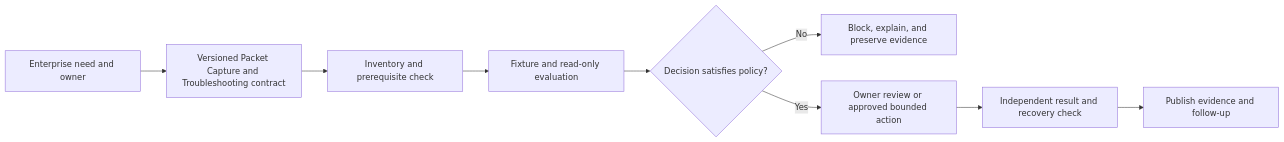
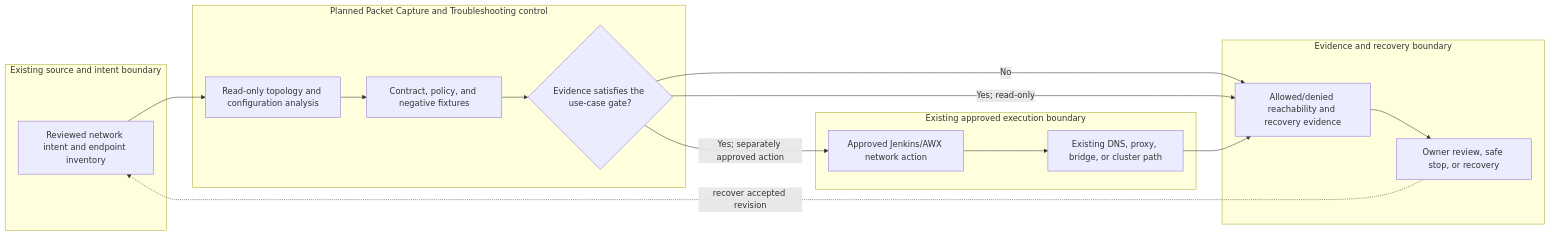
One commit to MIDHTECH/enterprise-architecture-docs changed the diagram in docs/use-cases/network/UC-NET-027-packet-capture-and-troubleshooting.md. Above: the diagram before and after it, drawn with Mermaid. The commit also changed other lines of this file and 227 other files, not shown here.

Commit message:
Deepen architecture for all use case designs

````diff
--- a/docs/use-cases/network/UC-NET-027-packet-capture-and-troubleshooting.md
+++ b/docs/use-cases/network/UC-NET-027-packet-capture-and-troubleshooting.md
@@ -136,11 +129,25 @@
 ```mermaid
 flowchart LR
-    Need["Enterprise need and owner"] --> Contract["Versioned Packet Capture and Troubleshooting contract"]
-    Contract --> Preflight["Inventory and prerequisite check"]
-    Preflight --> Evaluate["Fixture and read-only evaluation"]
-    Evaluate --> Decision{"Decision satisfies policy?"}
-    Decision -->|No| Stop["Block, explain, and preserve evidence"]
-    Decision -->|Yes| Review["Owner review or approved bounded action"]
-    Review --> Verify["Independent result and recovery check"]
-    Verify --> Publish["Publish evidence and follow-up"]
+    subgraph Source["Existing source and intent boundary"]
+        A["Reviewed network intent and endpoint inventory"]
+    end
+    subgraph Planned["Planned Packet Capture and Troubleshooting control"]
+        B["Read-only topology and configuration analysis"]
+        C["Contract, policy, and negative fixtures"]
+        D{"Evidence satisfies the use-case gate?"}
+    end
+    subgraph Runtime["Existing approved execution boundary"]
+        E["Approved Jenkins/AWX network action"]
+        F["Existing DNS, proxy, bridge, or cluster path"]
+    end
+    subgraph Assurance["Evidence and recovery boundary"]
+        G["Allowed/denied reachability and recovery evidence"]
+        H["Owner review, safe stop, or recovery"]
+    end
+
+    A --> B --> C --> D
+    D -->|No| G --> H
+    D -->|Yes; read-only| G
+    D -->|Yes; separately approved action| E --> F --> G
+    H -. recover accepted revision .-> A
 ```
````
